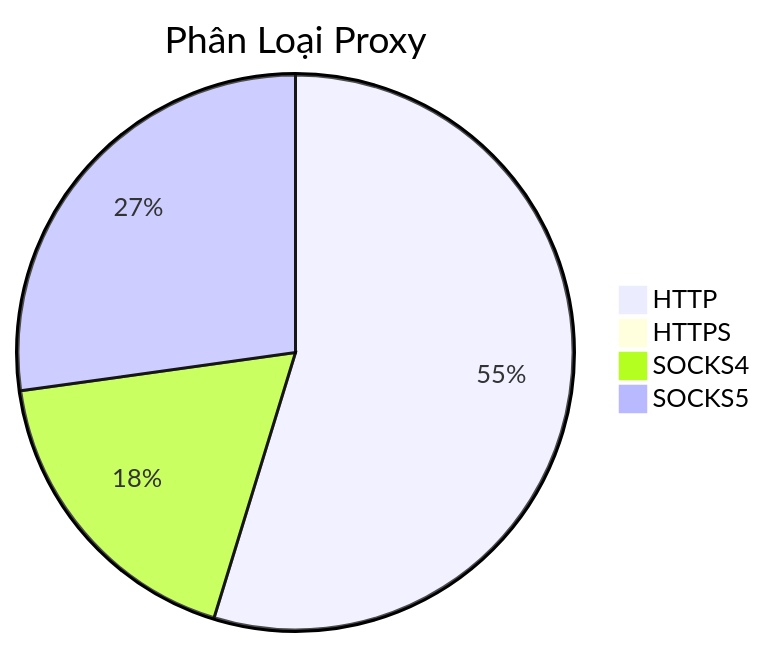
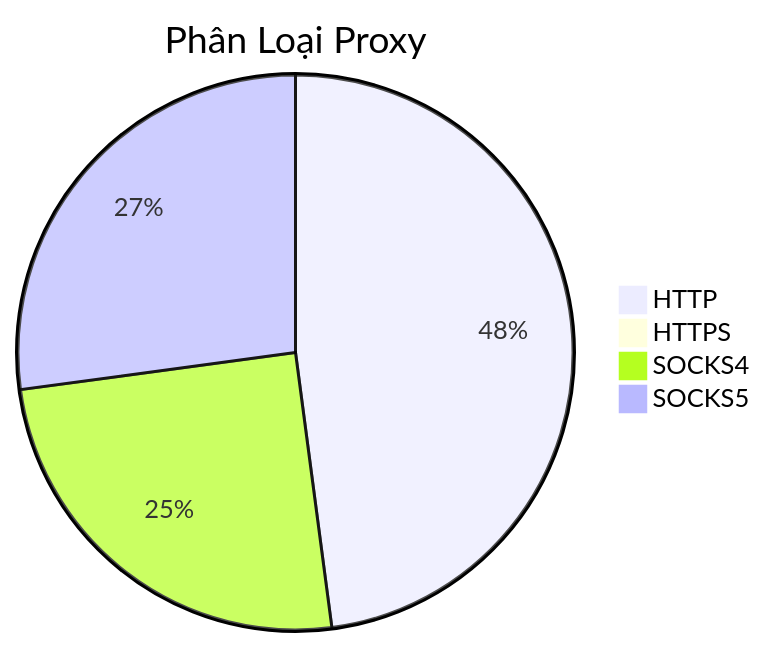
The diagram in README.md (Ciara-12/PROXY-free), drawn with Mermaid before and after one commit. The commit also changed other lines of this file and 4 other files, not shown here.

````diff
--- a/README.md
+++ b/README.md
@@ -26,7 +26,7 @@
 ```mermaid
 pie title Phân Loại Proxy
-    "HTTP" : 664
-    "HTTPS" : 2
-    "SOCKS4" : 219
-    "SOCKS5" : 330
+    "HTTP" : 572
+    "HTTPS" : 1
+    "SOCKS4" : 298
+    "SOCKS5" : 324
 ```
````
